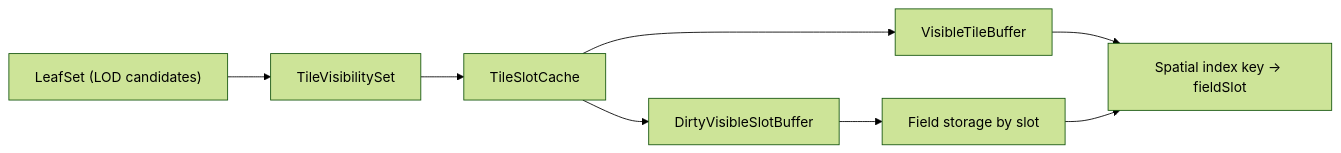
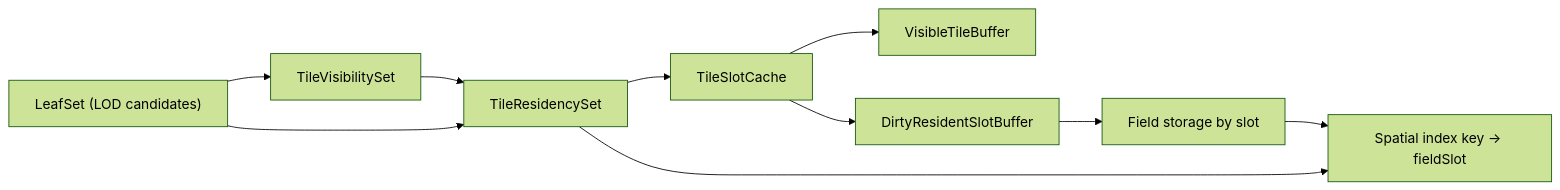
One commit to kenjinp/hello-terrain changed the diagram in packages/three/spec/incremental-gpu-updates.md. Above: the diagram before and after it, drawn with Mermaid (forest theme). The commit also changed other lines of this file and 52 other files, not shown here.

````diff
--- a/packages/three/spec/incremental-gpu-updates.md
+++ b/packages/three/spec/incremental-gpu-updates.md
@@ -84,18 +84,21 @@
 ```mermaid
 flowchart LR
   leafSet["LeafSet (LOD candidates)"]
   visibility["TileVisibilitySet"]
+  residency["TileResidencySet"]
   slotCache["TileSlotCache"]
   visibleTiles["VisibleTileBuffer"]
-  dirtyVisibleSlots["DirtyVisibleSlotBuffer"]
+  dirtyResidentSlots["DirtyResidentSlotBuffer"]
   fieldStorage["Field storage by slot"]
   spatialIndex["Spatial index key -> fieldSlot"]
 
   leafSet --> visibility
-  visibility --> slotCache
+  leafSet --> residency
+  visibility --> residency
+  residency --> slotCache
   slotCache --> visibleTiles
-  slotCache --> dirtyVisibleSlots
-  visibleTiles --> spatialIndex
-  dirtyVisibleSlots --> fieldStorage
+  slotCache --> dirtyResidentSlots
+  residency --> spatialIndex
+  dirtyResidentSlots --> fieldStorage
   fieldStorage --> spatialIndex
 ```
````
